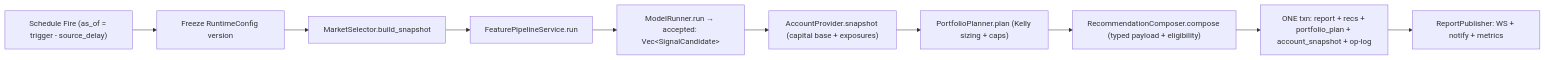
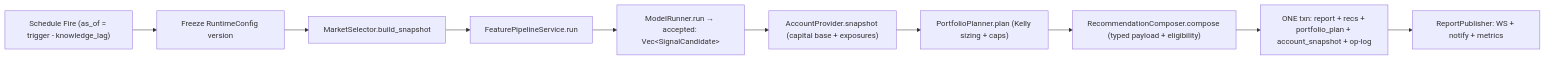
Before and after one commit to solomon-ssy/oxide-arb: the second of 2 diagrams in docs/plans/quant-pivot/phase-04/README.md, drawn with Mermaid. The commit also changed other lines of this file and 463 other files, not shown here.

````diff
--- a/docs/plans/quant-pivot/phase-04/README.md
+++ b/docs/plans/quant-pivot/phase-04/README.md
@@ -54,12 +54,12 @@
 ```mermaid
 flowchart LR
-    Fire["Schedule Fire (as_of = trigger - source_delay)"] --> Freeze["Freeze RuntimeConfig version"]
+    Fire["Schedule Fire (as_of = trigger - knowledge_lag)"] --> Freeze["Freeze RuntimeConfig version"]
     Freeze --> Sel["MarketSelector.build_snapshot"]
     Sel --> Feat["FeaturePipelineService.run"]
     Feat --> Model["ModelRunner.run → accepted: Vec&lt;SignalCandidate&gt;"]
     Model --> Acct["AccountProvider.snapshot (capital base + exposures)"]
     Acct --> Plan["PortfolioPlanner.plan (Kelly sizing + caps)"]
     Plan --> Compose["RecommendationComposer.compose (typed payload + eligibility)"]
     Compose --> Persist["ONE txn: report + recs + portfolio_plan + account_snapshot + op-log"]
     Persist --> Publish["ReportPublisher: WS + notify + metrics"]
 ```
````
